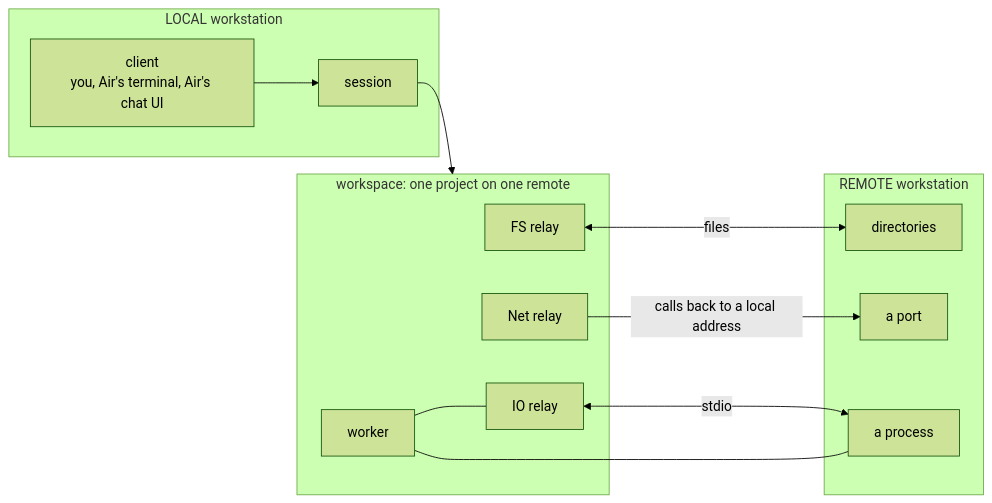
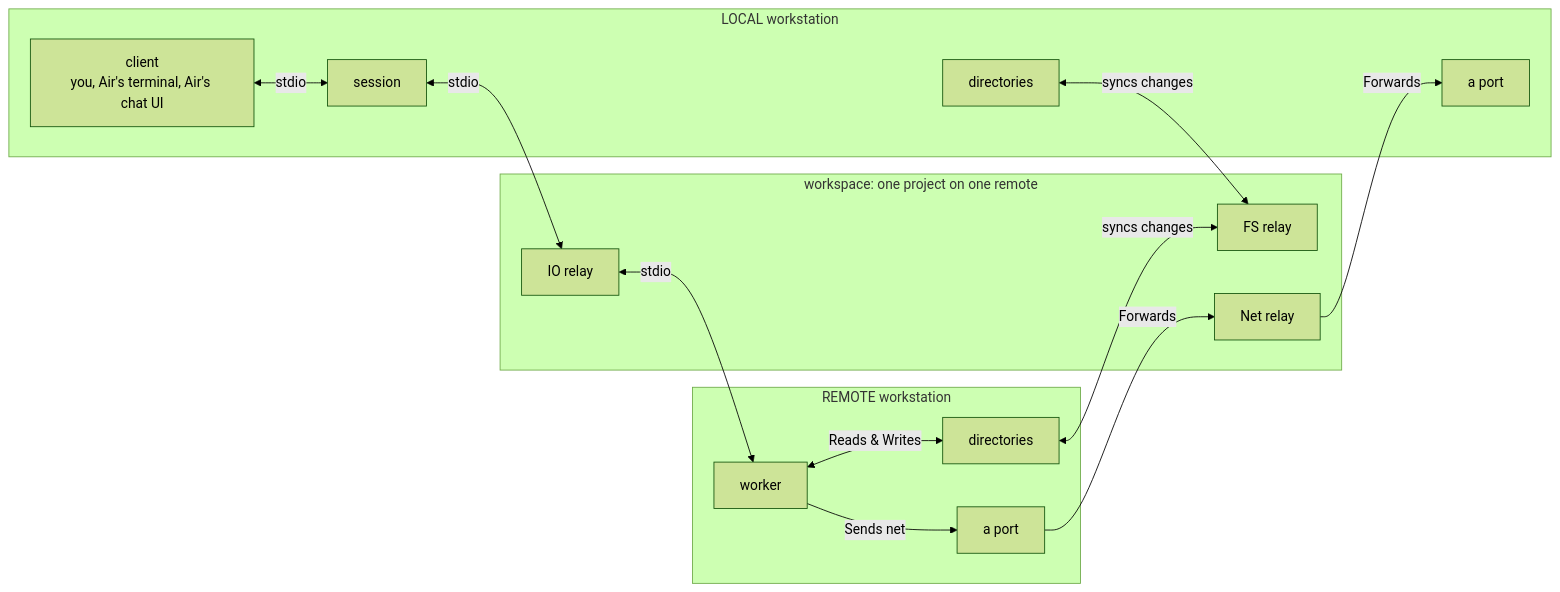
The first of 12 diagrams in docs/ARCHITECTURE.md (zerlok/hermod), drawn with Mermaid (forest theme) before and after one commit. The commit also changed other lines of this file and 1 other file, not shown here.

First line of the commit message:
docs(architecture): describe each entity, leases, storage and package layers

````diff
--- a/docs/ARCHITECTURE.md
+++ b/docs/ARCHITECTURE.md
@@ -17,24 +15,29 @@
 ```mermaid
 flowchart LR
     subgraph L["LOCAL workstation"]
         client["client<br/>you, Air's terminal, Air's chat UI"]
+        lfiles["directories"]
+        lport["a port"]
         session
     end
     subgraph W["workspace: one project on one remote"]
         fs["FS relay"]
         net["Net relay"]
         io["IO relay"]
+    end
+    subgraph R["REMOTE workstation"]
+        rfiles["directories"]
+        rport["a port"]
         worker
     end
-    subgraph R["REMOTE workstation"]
-        files["directories"]
-        port["a port"]
-        proc["a process"]
-    end
-    client --> session --> W
-    fs <-->|files| files
-    net -->|calls back to a local address| port
-    io <-->|stdio| proc
-    worker --- proc
-    worker --- io
+    client <-->|stdio| session
+%%    session -->|leases and connects the relays of| W
+    lfiles <-->|syncs changes| fs
+    net -->|Forwards| lport
+    rfiles <-->|syncs changes| fs
+    worker <--> |Reads & Writes| rfiles
+    worker --> |Sends net|rport
+    rport -->|Forwards| net
+    io <-->|stdio| worker
+    session <-->|stdio| io
 ```
````
